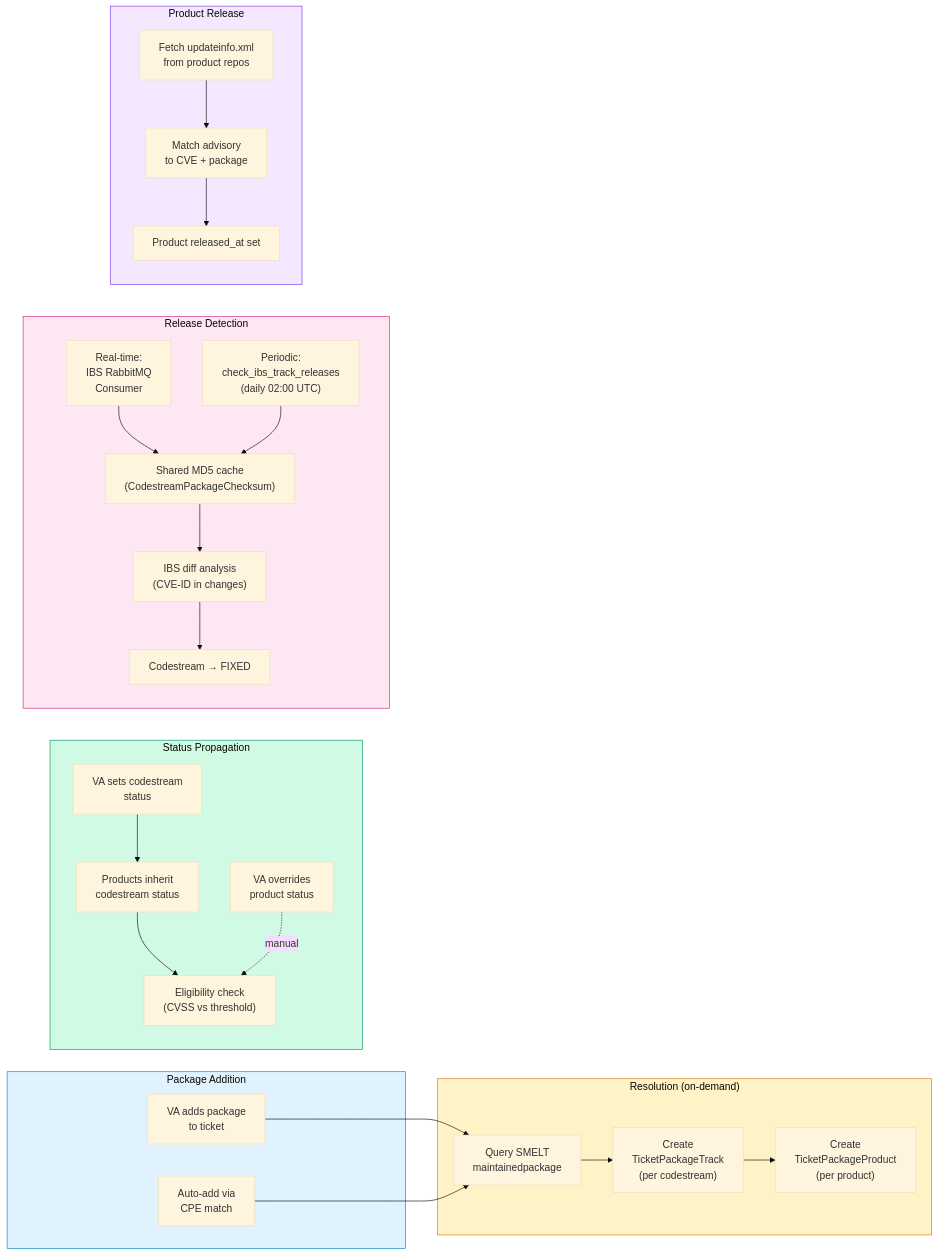
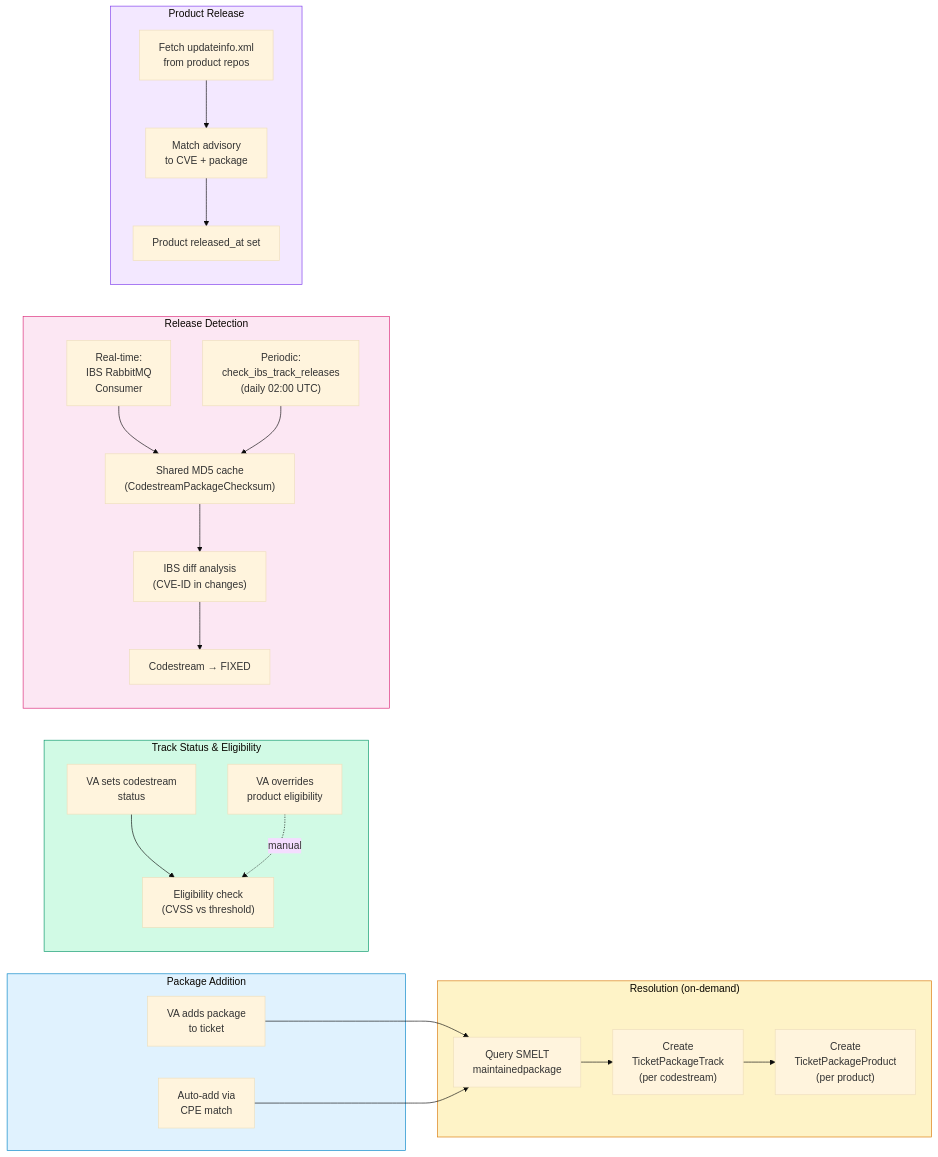
The fourth of 6 diagrams in docs/system-map.md (StayPirate/STAMP), drawn with Mermaid (base theme) before and after one commit. The commit also changed other lines of this file and 13 other files, not shown here.

````diff
--- a/docs/system-map.md
+++ b/docs/system-map.md
@@ -356,55 +356,54 @@
 ```mermaid
 flowchart LR
     subgraph add_pkg["Package Addition"]
         VA_ADD["VA adds package<br/>to ticket"]
         CPE_MATCH["Auto-add via<br/>CPE match"]
     end
 
     subgraph resolve["Resolution (on-demand)"]
         SMELT_Q["Query SMELT<br/>maintainedpackage"]
         CREATE_CS["Create<br/>TicketPackageTrack<br/>(per codestream)"]
         CREATE_PR["Create<br/>TicketPackageProduct<br/>(per product)"]
     end
 
-    subgraph status["Status Propagation"]
+    subgraph status["Track Status & Eligibility"]
         VA_SET["VA sets codestream<br/>status"]
-        INHERIT["Products inherit<br/>codestream status"]
         ELIG["Eligibility check<br/>(CVSS vs threshold)"]
-        OVERRIDE["VA overrides<br/>product status"]
+        ELIG_OVR["VA overrides<br/>product eligibility"]
     end
 
     subgraph release["Release Detection"]
         direction TB
         RT["Real-time:<br/>IBS RabbitMQ<br/>Consumer"]
         PERIODIC["Periodic:<br/>check_ibs_track_releases<br/>(daily 02:00 UTC)"]
         MD5["Shared MD5 cache<br/>(CodestreamPackageChecksum)"]
         DIFF["IBS diff analysis<br/>(CVE-ID in changes)"]
         CS_REL["Codestream → FIXED"]
 
         RT --> MD5
         PERIODIC --> MD5
         MD5 --> DIFF
         DIFF --> CS_REL
     end
 
     subgraph prod_release["Product Release"]
         UINFO["Fetch updateinfo.xml<br/>from product repos"]
         MATCH["Match advisory<br/>to CVE + package"]
         PR_REL["Product released_at set"]
 
         UINFO --> MATCH --> PR_REL
     end
 
     VA_ADD --> SMELT_Q
     CPE_MATCH --> SMELT_Q
     SMELT_Q --> CREATE_CS --> CREATE_PR
 
-    VA_SET --> INHERIT --> ELIG
-    OVERRIDE -.->|manual| ELIG
+    VA_SET --> ELIG
+    ELIG_OVR -.->|manual| ELIG
 
     style add_pkg fill:#e0f2fe,stroke:#0284c7
     style resolve fill:#fef3c7,stroke:#d97706
     style status fill:#d1fae5,stroke:#059669
     style release fill:#fce7f3,stroke:#db2777
     style prod_release fill:#f3e8ff,stroke:#7c3aed
 ```
````
